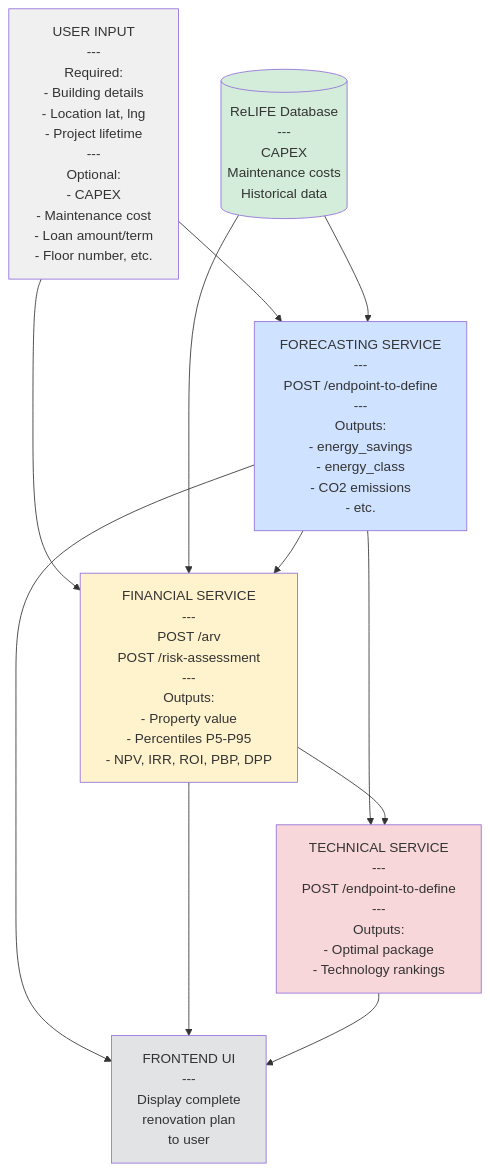
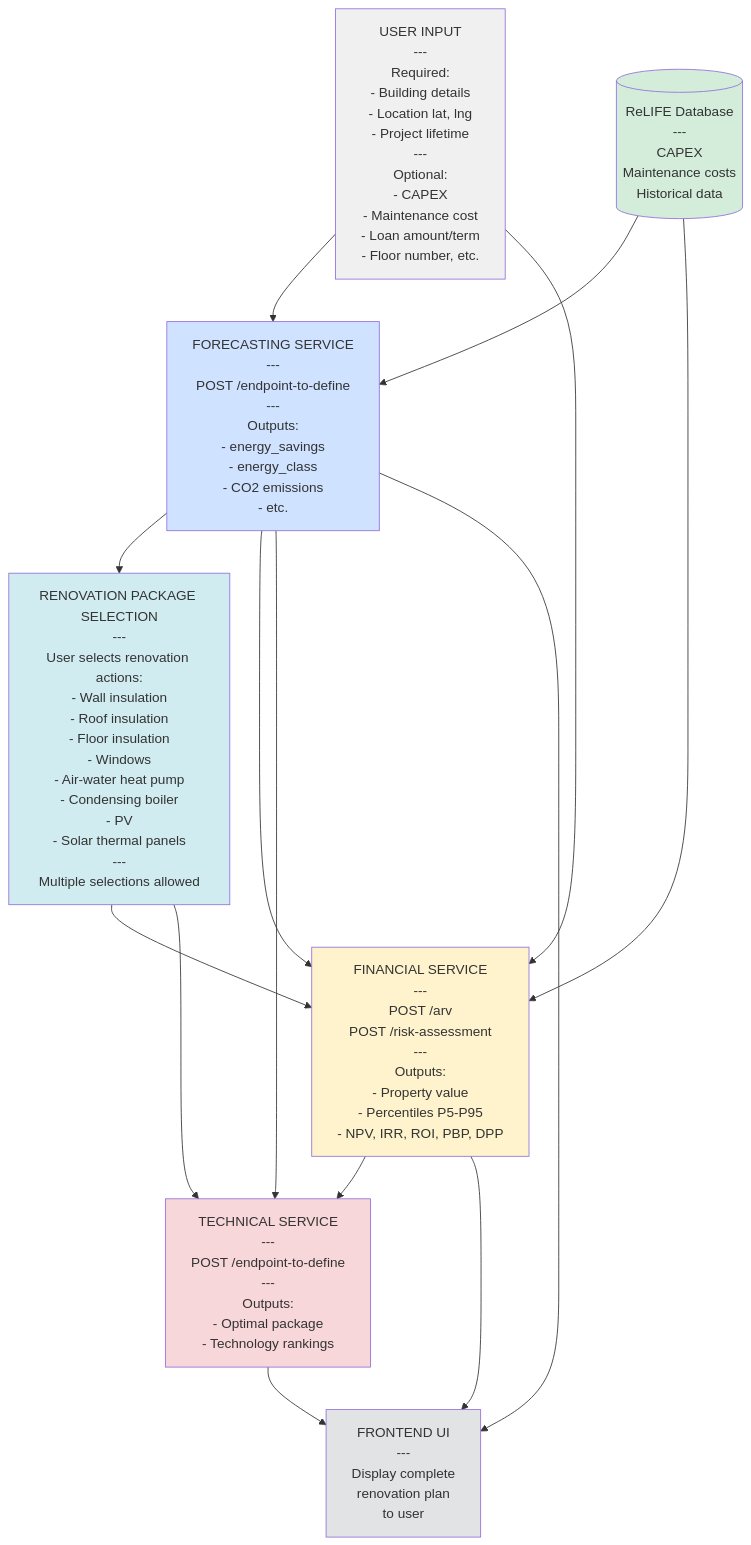
The second of 2 diagrams in docs/hra-tool-design.md (ReLIFE-Project-EU/relife-web-ui), drawn with Mermaid before and after one commit. The commit also changed other lines of this file, not shown here.

Commit message:
updating user inputs (renovation actions)

````diff
--- a/docs/hra-tool-design.md
+++ b/docs/hra-tool-design.md
@@ -271,35 +321,42 @@
 ```mermaid
 flowchart TD
     UserInput[USER INPUT<br/>---<br/>Required:<br/>- Building details<br/>- Location lat, lng<br/>- Project lifetime<br/>---<br/>Optional:<br/>- CAPEX<br/>- Maintenance cost<br/>- Loan amount/term<br/>- Floor number, etc.]
 
     DB[(ReLIFE Database<br/>---<br/>CAPEX<br/>Maintenance costs<br/>Historical data)]
 
     Forecasting[FORECASTING SERVICE<br/>---<br/>POST /endpoint-to-define<br/>---<br/>Outputs:<br/>- energy_savings<br/>- energy_class<br/>- CO2 emissions<br/>- etc.]
+
+    RenovationSelect[RENOVATION PACKAGE SELECTION<br/>---<br/>User selects renovation actions:<br/>- Wall insulation<br/>- Roof insulation<br/>- Floor insulation<br/>- Windows<br/>- Air-water heat pump<br/>- Condensing boiler<br/>- PV<br/>- Solar thermal panels<br/>---<br/>Multiple selections allowed]
 
     Financial[FINANCIAL SERVICE<br/>---<br/>POST /arv<br/>POST /risk-assessment<br/>---<br/>Outputs:<br/>- Property value<br/>- Percentiles P5-P95<br/>- NPV, IRR, ROI, PBP, DPP]
 
     Technical[TECHNICAL SERVICE<br/>---<br/>POST /endpoint-to-define<br/>---<br/>Outputs:<br/>- Optimal package<br/>- Technology rankings]
 
     Frontend[FRONTEND UI<br/>---<br/>Display complete<br/>renovation plan<br/>to user]
 
     UserInput --> Forecasting
     DB --> Forecasting
 
+    Forecasting --> RenovationSelect
+    RenovationSelect --> Financial
+
     UserInput --> Financial
     DB --> Financial
     Forecasting --> Financial
 
     Forecasting --> Technical
     Financial --> Technical
+    RenovationSelect --> Technical
 
     Forecasting --> Frontend
     Financial --> Frontend
     Technical --> Frontend
 
     style UserInput fill:#f0f0f0
     style DB fill:#d4edda
     style Forecasting fill:#cfe2ff
+    style RenovationSelect fill:#d1ecf1
     style Financial fill:#fff3cd
     style Technical fill:#f8d7da
     style Frontend fill:#e2e3e5
 ```
````
